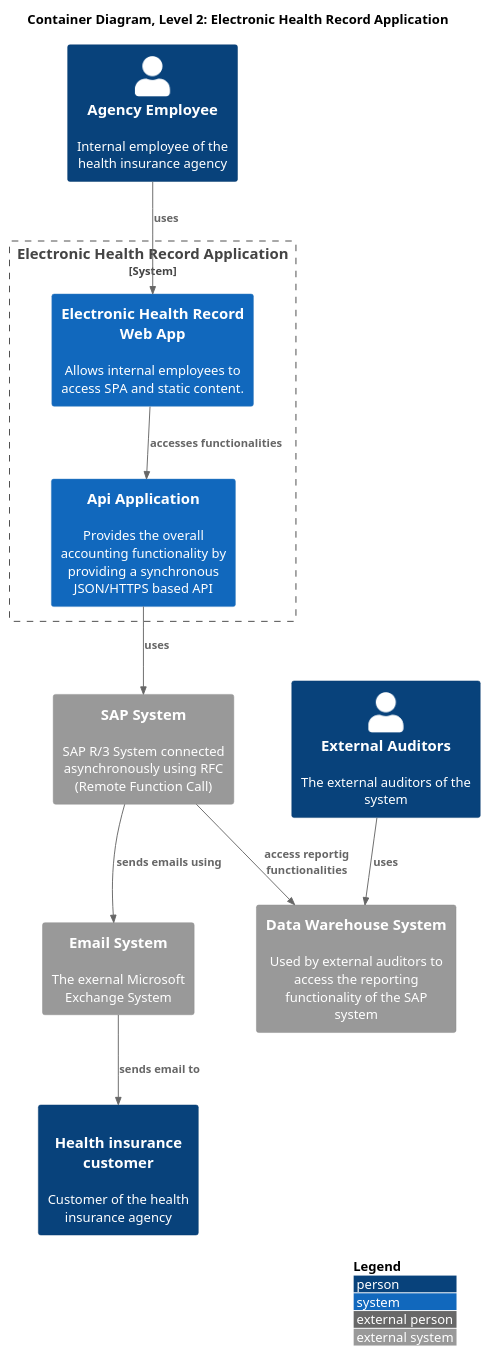
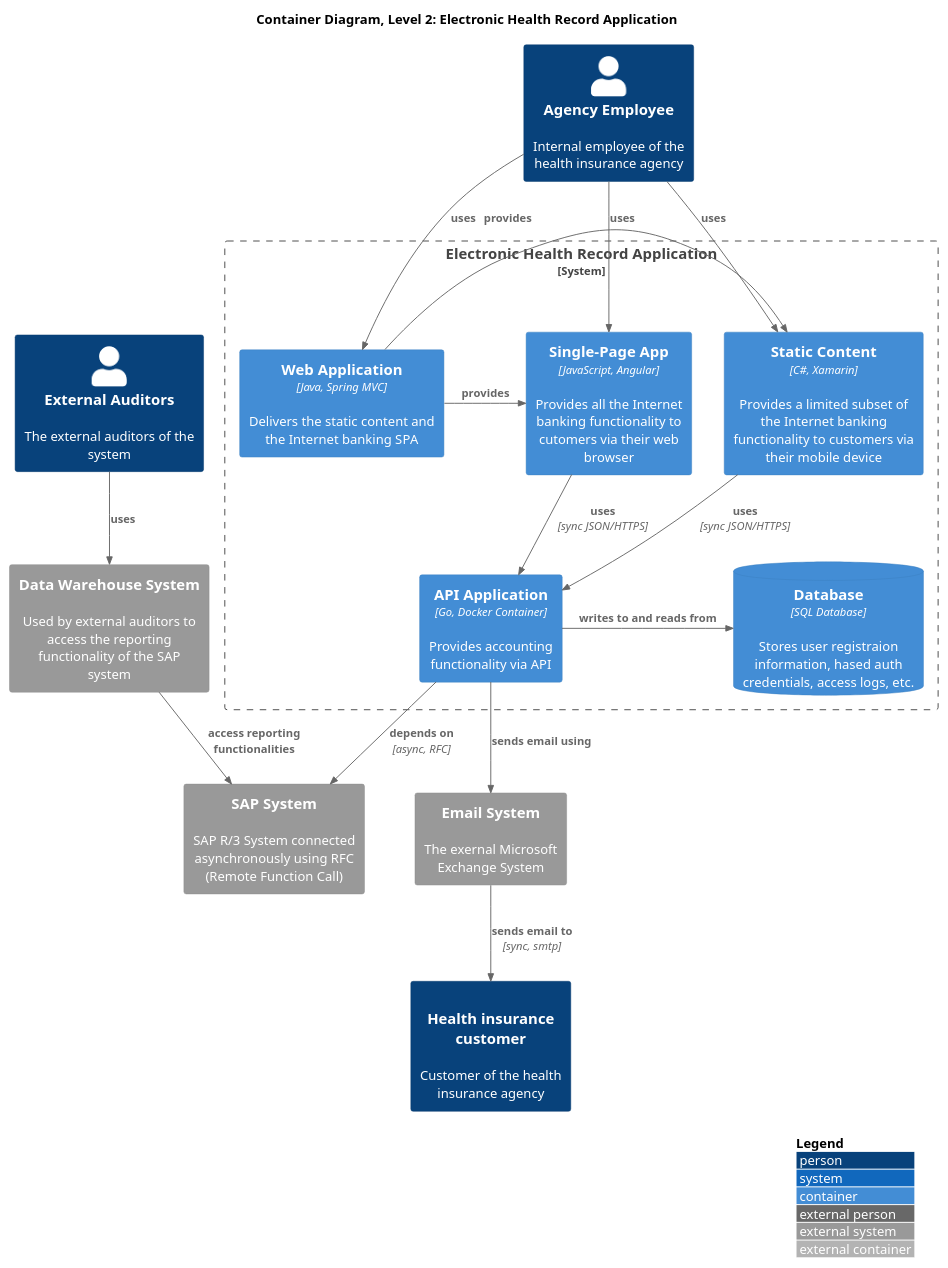
The diagram in level-2_container.puml (patricpoba/msem-sw.arch-c4-model-assignment), drawn with PlantUML before and after one commit. The commit also changed 2 other files, not shown here.

Commit message:
add draft of level 2 diagram

```diff
--- a/level-2_container.puml
+++ b/level-2_container.puml
@@ -1,33 +1,47 @@
-@startuml
-!include https://raw.githubusercontent.com/plantuml-stdlib/C4-PlantUML/master/C4_Context.puml
+@startuml 
+!include https://raw.githubusercontent.com/plantuml-stdlib/C4-PlantUML/master/C4_Container.puml
 
 LAYOUT_WITH_LEGEND()
 
 title Container Diagram, Level 2: Electronic Health Record Application
 
 Person(employee, "Agency Employee", "Internal employee of the health insurance agency")
 Person(customer, "Health insurance customer", "Customer of the health insurance agency", "user")
 Person(auditor, "External Auditors", "The external auditors of the system")
 
-System_Boundary(c1, "Electronic Health Record Application") {
+System_Boundary(c1, "Electronic Health Record Application") { 
+     
+    Container(webApp, "Web Application", "Java, Spring MVC", "Delivers the static content and the Internet banking SPA")
+    Container(spa, "Single-Page App", "JavaScript, Angular", "Provides all the Internet banking functionality to cutomers via their web browser")
+    Container(staticContent, "Static Content", "C#, Xamarin", "Provides a limited subset of the Internet banking functionality to customers via their mobile device")
+    ContainerDb(database, "Database", "SQL Database", "Stores user registraion information, hased auth credentials, access logs, etc.")
+    Container(backend_api, "API Application", "Go, Docker Container", "Provides accounting functionality via API")
+}
 
-    System(webApp, "Electronic Health Record Web App", "Allows internal employees to access SPA and static content.")
+' System(apiServer, "Api Application", "Provides the overall accounting functionality by providing a synchronous JSON/HTTPS based API")
 
-    System(apiServer, "Api Application", "Provides the overall accounting functionality by providing a synchronous JSON/HTTPS based API")
-}
-  
 System_Ext(emailSystem, "Email System", "The exernal Microsoft Exchange System")
 System_Ext(dataWHS, "Data Warehouse System", "Used by external auditors to access the reporting functionality of the SAP system")
 System_Ext(sapSystem, "SAP System", "SAP R/3 System connected asynchronously using RFC (Remote Function Call)")
+' System_Ext(banking_system, "Mainframe Banking System", "Stores all of the core banking information about customers, accounts, transactions, etc.")
 
 
-Rel(employee, webApp, "uses")
-Rel(webApp, apiServer, "accesses functionalities")
-Rel(sapSystem, emailSystem, "sends emails using")
-Rel(emailSystem, customer, "sends email to")
-Rel(sapSystem, dataWHS, "access reportig functionalities")
-Rel(apiServer, sapSystem, "uses")
-' Rel(customer, webApp, "uses")
+Rel(employee, webApp, "uses") 
+Rel(employee, staticContent, "uses") 
+Rel(employee, spa, "uses") 
+
+Rel_Neighbor(webApp, spa, "provides")  
+Rel_Neighbor(webApp, staticContent, "provides")  
+
+Rel(spa, backend_api, "uses", "sync JSON/HTTPS")
+Rel(staticContent, backend_api, "uses", "sync JSON/HTTPS")
+
+Rel_Neighbor(backend_api, database, "writes to and reads from")
+Rel(dataWHS, sapSystem, "access reporting functionalities") 
 Rel(auditor, dataWHS, "uses")
+Rel(emailSystem, customer, "sends email to", "sync, smtp")
 
+Rel(backend_api, emailSystem, "sends email using")
+Rel(backend_api, sapSystem, "depends on", "async, RFC")
+ 
 @enduml
```
